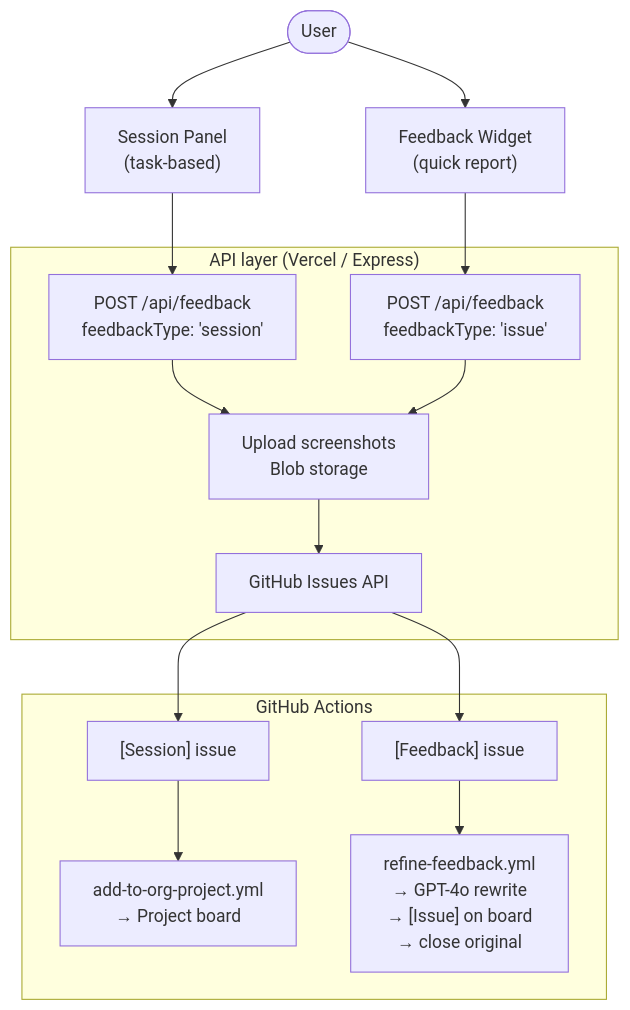
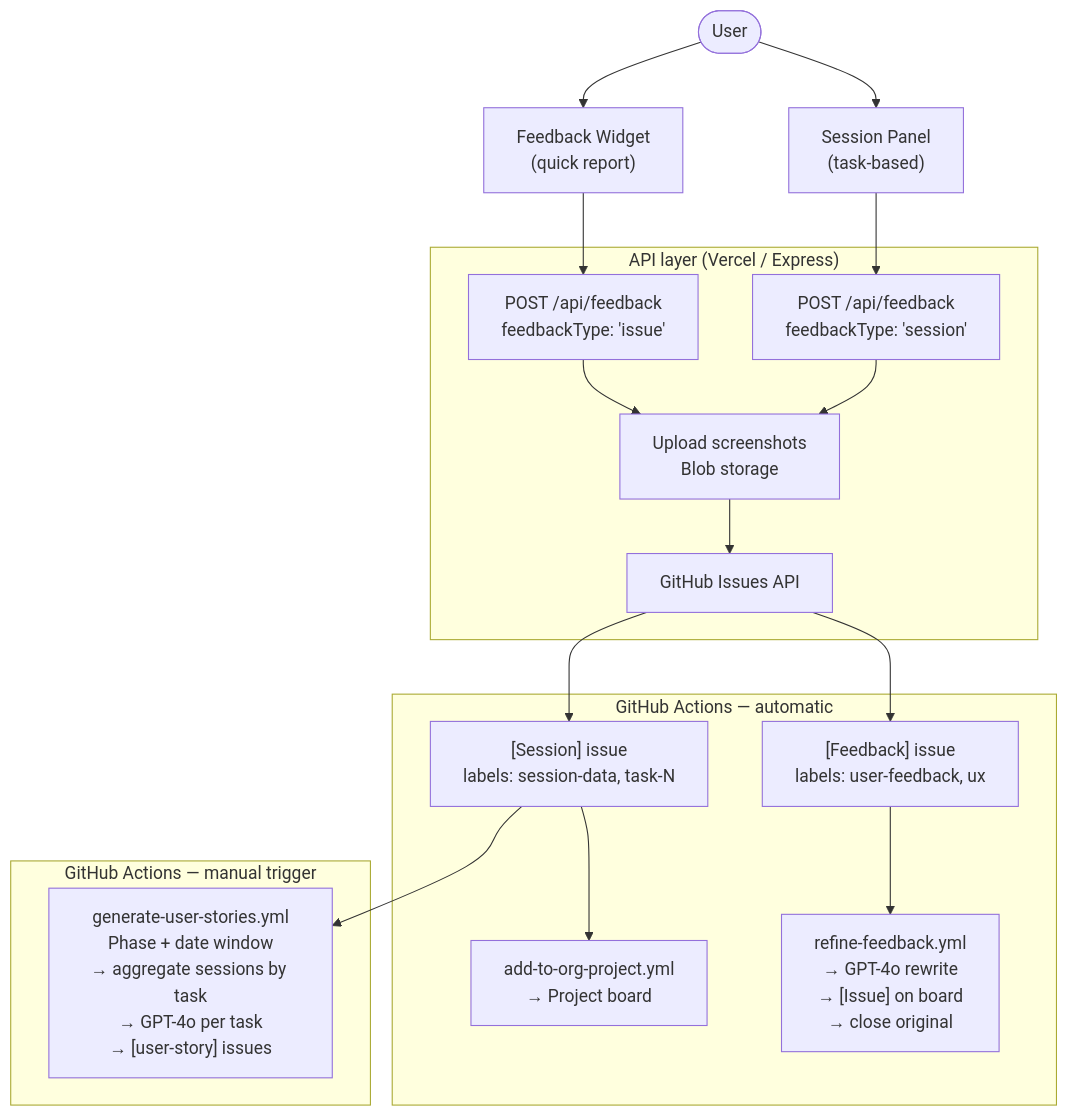
Before and after one commit to THD-Spatial-AI/feedback-kit: the first of 5 diagrams in docs/feedback-pipeline.md, drawn with Mermaid. The commit also changed other lines of this file and 6 other files, not shown here.

First line of the commit message:
feat: enhance feedback pipeline with automated workflows and user story generation

````diff
--- a/docs/feedback-pipeline.md
+++ b/docs/feedback-pipeline.md
@@ -11,24 +11,28 @@
 ```mermaid
 flowchart TD
     A(["User"])
 
-    A --> B["Session Panel\n(task-based)"]
-    A --> C["Feedback Widget\n(quick report)"]
+    A --> B["Session Panel<br>(task-based)"]
+    A --> C["Feedback Widget<br>(quick report)"]
 
-    B --> D["POST /api/feedback\nfeedbackType: 'session'"]
-    C --> E["POST /api/feedback\nfeedbackType: 'issue'"]
+    B --> D["POST /api/feedback<br>feedbackType: 'session'"]
+    C --> E["POST /api/feedback<br>feedbackType: 'issue'"]
 
     subgraph API ["API layer (Vercel / Express)"]
-        D --> F["Upload screenshots\nBlob storage"]
+        D --> F["Upload screenshots<br>Blob storage"]
         E --> F
         F --> G["GitHub Issues API"]
     end
 
-    G --> H["[Session] issue"]
-    G --> I["[Feedback] issue"]
+    G --> H["[Session] issue<br>labels: session-data, task-N"]
+    G --> I["[Feedback] issue<br>labels: user-feedback, ux"]
 
-    subgraph Actions ["GitHub Actions"]
-        H --> J["add-to-org-project.yml\n→ Project board"]
-        I --> K["refine-feedback.yml\n→ GPT-4o rewrite\n→ [Issue] on board\n→ close original"]
+    subgraph Actions ["GitHub Actions — automatic"]
+        H --> J["add-to-org-project.yml<br>→ Project board"]
+        I --> K["refine-feedback.yml<br>→ GPT-4o rewrite<br>→ [Issue] on board<br>→ close original"]
+    end
+
+    subgraph Synthesis ["GitHub Actions — manual trigger"]
+        H --> L["generate-user-stories.yml<br>Phase + date window<br>→ aggregate sessions by task<br>→ GPT-4o per task<br>→ [user-story] issues"]
     end
 ```
````
